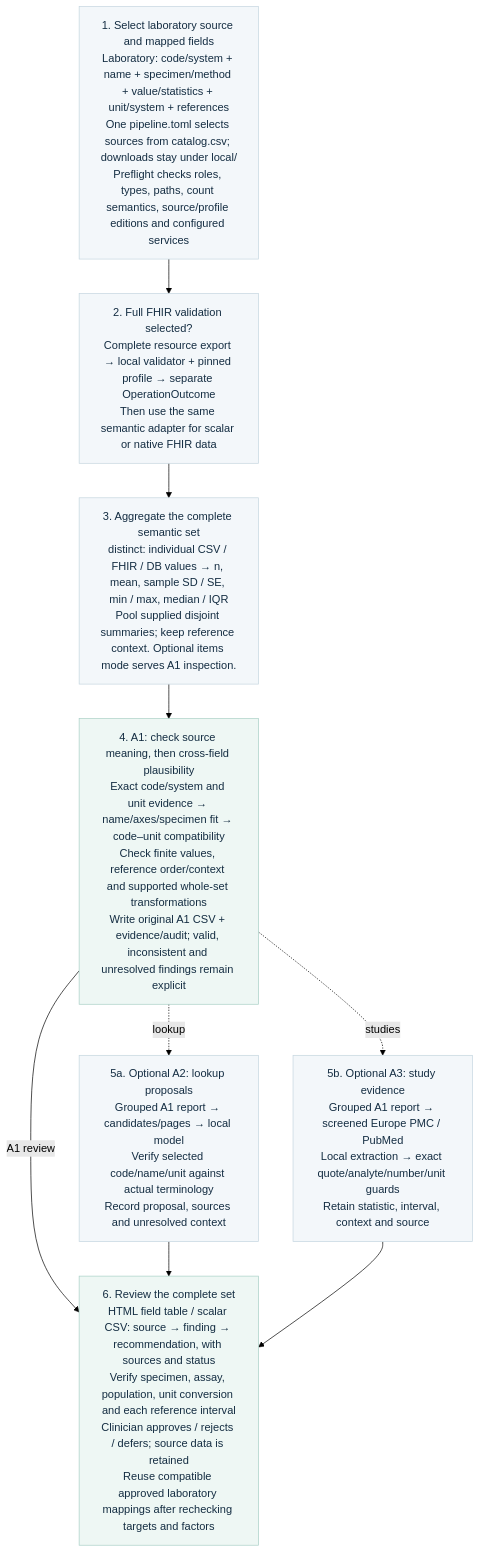
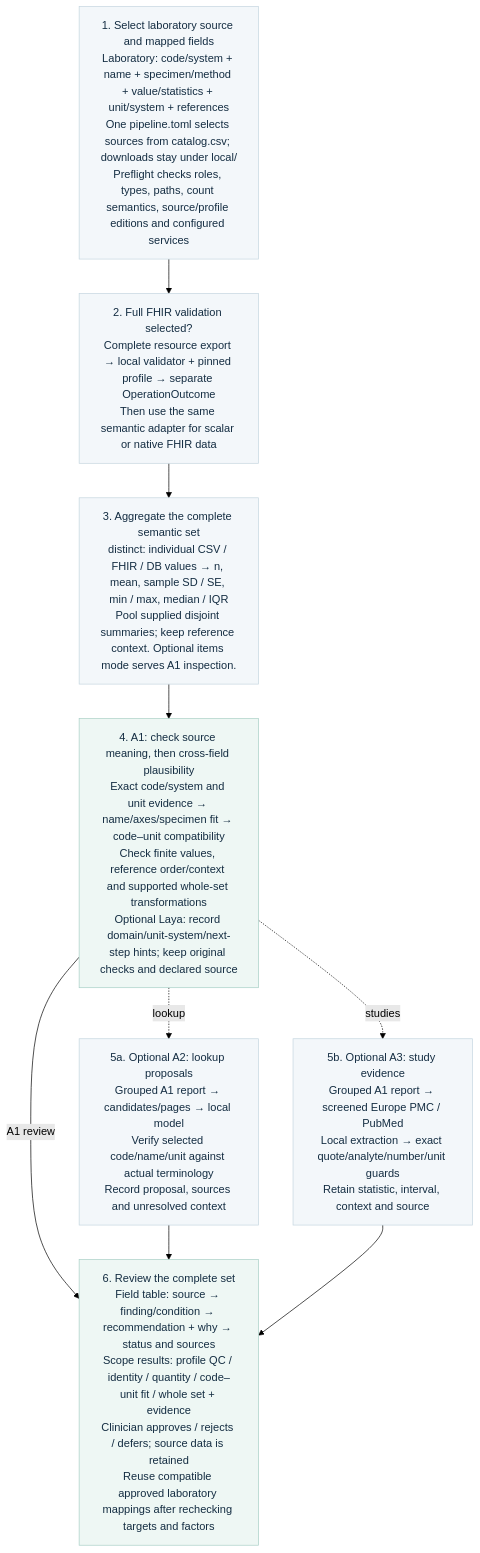
One commit to neumdan/semantic-plausibility changed the diagram in docs/decision-flow.mmd. Above: the diagram before and after it, drawn with Mermaid (forest theme). The commit also changed 56 other files, not shown here.

```diff
--- a/docs/decision-flow.mmd
+++ b/docs/decision-flow.mmd
@@ -1,22 +1,22 @@
 %% Same node/edge contract as decision-flow.svg.
 flowchart TD
     CONTRACT["1. Select laboratory source and mapped fields<br/>Laboratory: code/system + name + specimen/method + value/statistics + unit/system + references<br/>One pipeline.toml selects sources from catalog.csv; downloads stay under local/<br/>Preflight checks roles, types, paths, count semantics, source/profile editions and configured services"]
     FHIR["2. Full FHIR validation selected?<br/>Complete resource export → local validator + pinned profile → separate OperationOutcome<br/>Then use the same semantic adapter for scalar or native FHIR data"]
     GROUP["3. Aggregate the complete semantic set<br/>distinct: individual CSV / FHIR / DB values → n, mean, sample SD / SE, min / max, median / IQR<br/>Pool supplied disjoint summaries; keep reference context. Optional items mode serves A1 inspection."]
-    A1["4. A1: check source meaning, then cross-field plausibility<br/>Exact code/system and unit evidence → name/axes/specimen fit → code–unit compatibility<br/>Check finite values, reference order/context and supported whole-set transformations<br/>Write original A1 CSV + evidence/audit; valid, inconsistent and unresolved findings remain explicit"]
+    A1["4. A1: check source meaning, then cross-field plausibility<br/>Exact code/system and unit evidence → name/axes/specimen fit → code–unit compatibility<br/>Check finite values, reference order/context and supported whole-set transformations<br/>Optional Laya: record domain/unit-system/next-step hints; keep original checks and declared source"]
     A2["5a. Optional A2: lookup proposals<br/>Grouped A1 report → candidates/pages → local model<br/>Verify selected code/name/unit against actual terminology<br/>Record proposal, sources and unresolved context"]
     A3["5b. Optional A3: study evidence<br/>Grouped A1 report → screened Europe PMC / PubMed<br/>Local extraction → exact quote/analyte/number/unit guards<br/>Retain statistic, interval, context and source"]
-    REVIEW["6. Review the complete set<br/>HTML field table / scalar CSV: source → finding → recommendation, with sources and status<br/>Verify specimen, assay, population, unit conversion and each reference interval<br/>Clinician approves / rejects / defers; source data is retained<br/>Reuse compatible approved laboratory mappings after rechecking targets and factors"]
+    REVIEW["6. Review the complete set<br/>Field table: source → finding/condition → recommendation + why → status and sources<br/>Scope results: profile QC / identity / quantity / code–unit fit / whole set + evidence<br/>Clinician approves / rejects / defers; source data is retained<br/>Reuse compatible approved laboratory mappings after rechecking targets and factors"]
     CONTRACT --> FHIR
     FHIR --> GROUP
     GROUP --> A1
     A1 -.-> |"lookup"| A2
     A1 -.-> |"studies"| A3
     A1 --> |"A1 review"| REVIEW
     A2 --> REVIEW
     A3 --> REVIEW
     classDef normal fill:#f3f7fa,stroke:#c4d5df,color:#142d42
     class CONTRACT,FHIR,GROUP,A2,A3 normal
     classDef teal fill:#eef7f4,stroke:#a8cfc6,color:#142d42
     class A1,REVIEW teal
     classDef error fill:#fcf1f3,stroke:#ecc7cf,color:#142d42
```
